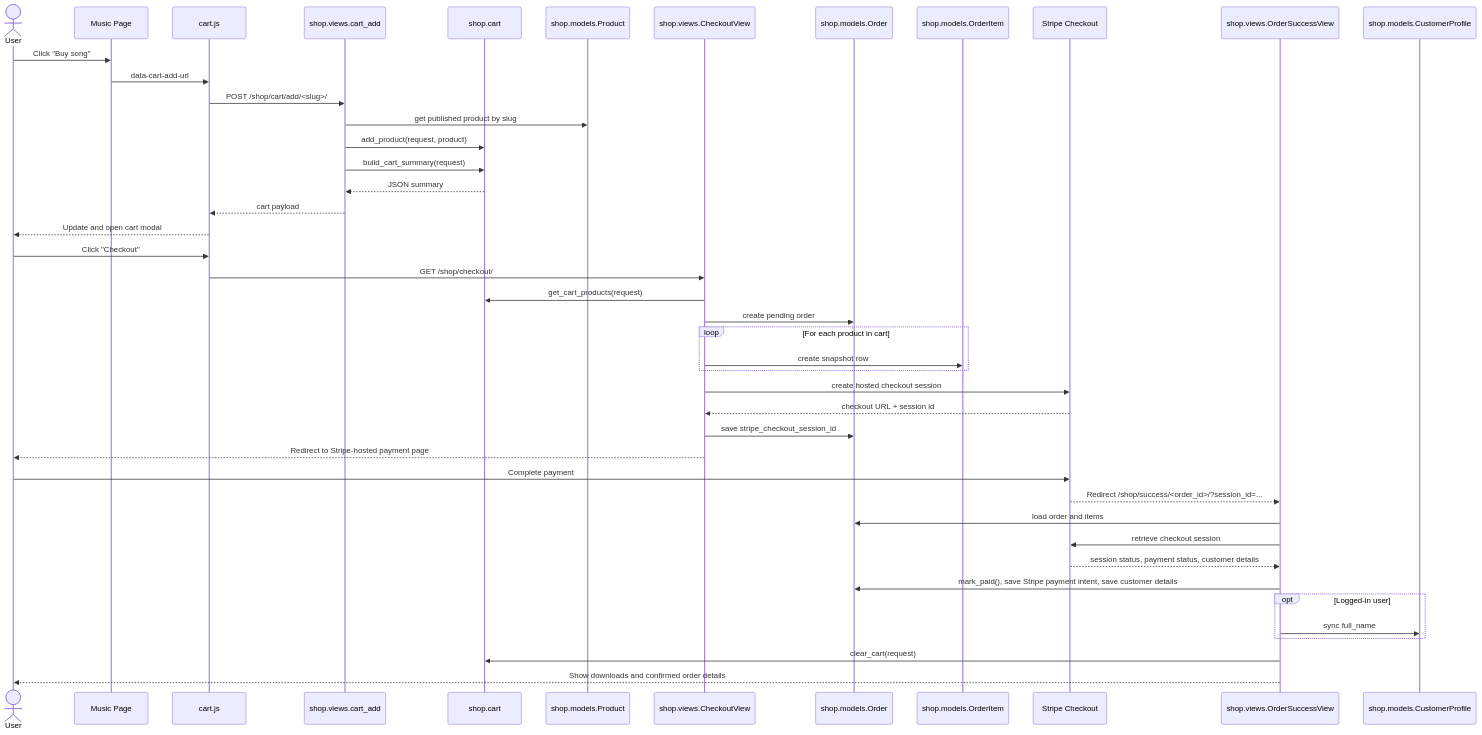
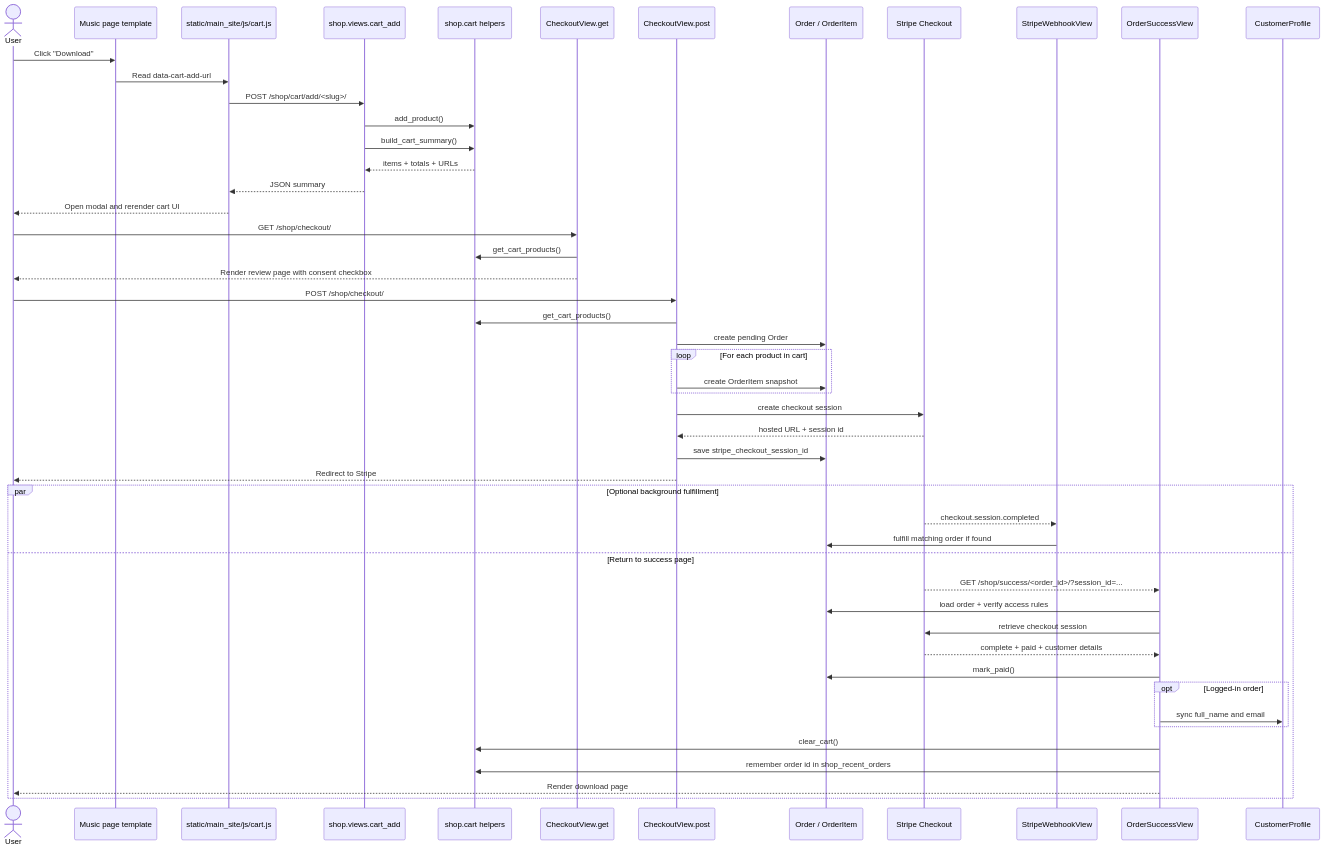
The fourth of 5 diagrams in docs/shop-flow.md (johnhubertjj/JosephlovesJohn_website), drawn with Mermaid before and after one commit. The commit also changed other lines of this file and 9 other files, not shown here.

````diff
--- a/docs/shop-flow.md
+++ b/docs/shop-flow.md
@@ -38,49 +93,56 @@
 ```mermaid
 sequenceDiagram
     actor User
-    participant MusicPage as Music Page
-    participant CartJS as cart.js
+    participant MusicPage as Music page template
+    participant CartJS as static/main_site/js/cart.js
     participant CartAdd as shop.views.cart_add
-    participant Cart as shop.cart
-    participant Product as shop.models.Product
-    participant Checkout as shop.views.CheckoutView
-    participant Order as shop.models.Order
-    participant OrderItem as shop.models.OrderItem
+    participant Cart as shop.cart helpers
+    participant CheckoutGet as CheckoutView.get
+    participant CheckoutPost as CheckoutView.post
+    participant Order as Order / OrderItem
     participant Stripe as Stripe Checkout
-    participant Success as shop.views.OrderSuccessView
-    participant Profile as shop.models.CustomerProfile
+    participant Webhook as StripeWebhookView
+    participant Success as OrderSuccessView
+    participant Profile as CustomerProfile
 
-    User->>MusicPage: Click "Buy song"
-    MusicPage->>CartJS: data-cart-add-url
+    User->>MusicPage: Click "Download"
+    MusicPage->>CartJS: Read data-cart-add-url
     CartJS->>CartAdd: POST /shop/cart/add/<slug>/
-    CartAdd->>Product: get published product by slug
-    CartAdd->>Cart: add_product(request, product)
-    CartAdd->>Cart: build_cart_summary(request)
-    Cart-->>CartAdd: JSON summary
-    CartAdd-->>CartJS: cart payload
-    CartJS-->>User: Update and open cart modal
+    CartAdd->>Cart: add_product()
+    CartAdd->>Cart: build_cart_summary()
+    Cart-->>CartAdd: items + totals + URLs
+    CartAdd-->>CartJS: JSON summary
+    CartJS-->>User: Open modal and rerender cart UI
 
-    User->>CartJS: Click "Checkout"
-    CartJS->>Checkout: GET /shop/checkout/
-    Checkout->>Cart: get_cart_products(request)
-    Checkout->>Order: create pending order
+    User->>CheckoutGet: GET /shop/checkout/
+    CheckoutGet->>Cart: get_cart_products()
+    CheckoutGet-->>User: Render review page with consent checkbox
+
+    User->>CheckoutPost: POST /shop/checkout/
+    CheckoutPost->>Cart: get_cart_products()
+    CheckoutPost->>Order: create pending Order
     loop For each product in cart
-        Checkout->>OrderItem: create snapshot row
+        CheckoutPost->>Order: create OrderItem snapshot
     end
-    Checkout->>Stripe: create hosted checkout session
-    Stripe-->>Checkout: checkout URL + session id
-    Checkout->>Order: save stripe_checkout_session_id
-    Checkout-->>User: Redirect to Stripe-hosted payment page
+    CheckoutPost->>Stripe: create checkout session
+    Stripe-->>CheckoutPost: hosted URL + session id
+    CheckoutPost->>Order: save stripe_checkout_session_id
+    CheckoutPost-->>User: Redirect to Stripe
 
-    User->>Stripe: Complete payment
-    Stripe-->>Success: Redirect /shop/success/<order_id>/?session_id=...
-    Success->>Order: load order and items
-    Success->>Stripe: retrieve checkout session
-    Stripe-->>Success: session status, payment status, customer details
-    Success->>Order: mark_paid(), save Stripe payment intent, save customer details
-    opt Logged-in user
-        Success->>Profile: sync full_name
+    par Optional background fulfillment
+        Stripe-->>Webhook: checkout.session.completed
+        Webhook->>Order: fulfill matching order if found
+    and Return to success page
+        Stripe-->>Success: GET /shop/success/<order_id>/?session_id=...
+        Success->>Order: load order + verify access rules
+        Success->>Stripe: retrieve checkout session
+        Stripe-->>Success: complete + paid + customer details
+        Success->>Order: mark_paid()
+        opt Logged-in order
+            Success->>Profile: sync full_name and email
+        end
+        Success->>Cart: clear_cart()
+        Success->>Cart: remember order id in shop_recent_orders
+        Success-->>User: Render download page
     end
-    Success->>Cart: clear_cart(request)
-    Success-->>User: Show downloads and confirmed order details
 ```
````
